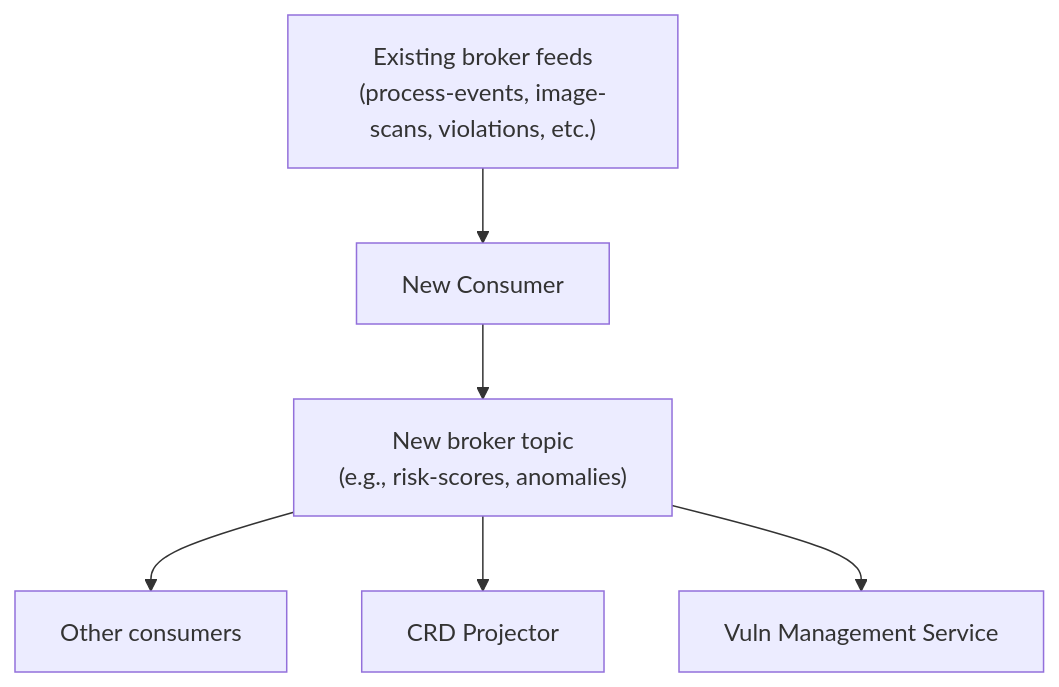
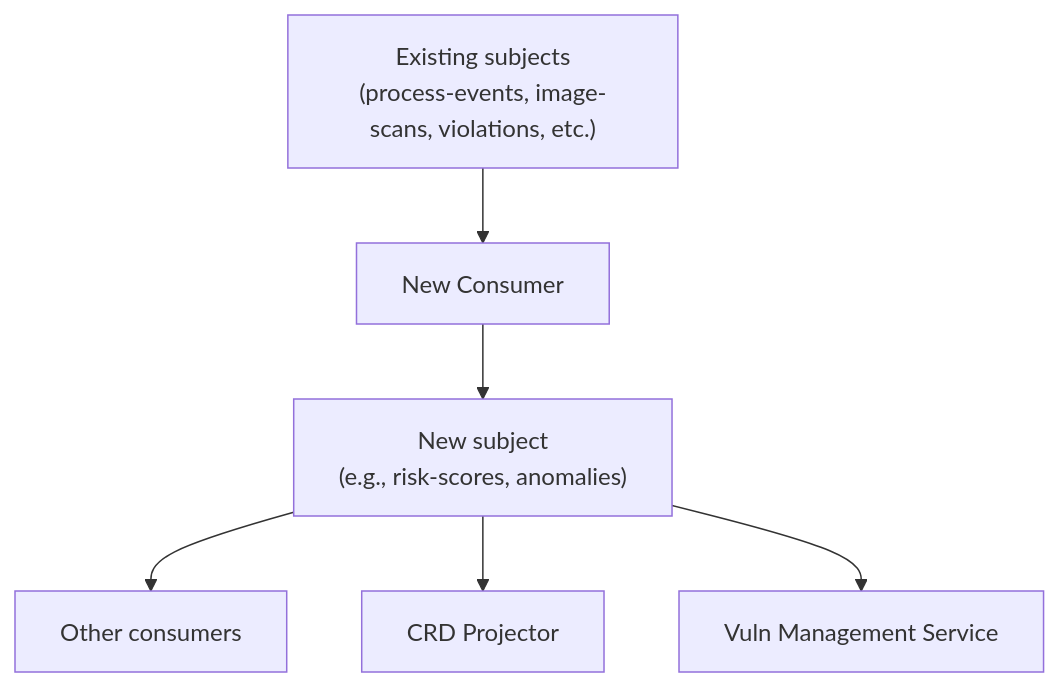
Before and after one commit to kylape/acs-next: the fifth of 5 diagrams in docs/architecture/README.md, drawn with Mermaid. The commit also changed other lines of this file and 5 other files, not shown here.

````diff
--- a/docs/architecture/README.md
+++ b/docs/architecture/README.md
@@ -246,13 +246,13 @@
 ```mermaid
 graph TB
-    Feeds["Existing broker feeds<br/>(process-events, image-scans, violations, etc.)"]
+    Existing["Existing subjects<br/>(process-events, image-scans, violations, etc.)"]
     Consumer["New Consumer"]
-    NewTopic["New broker topic<br/>(e.g., risk-scores, anomalies)"]
+    NewSubject["New subject<br/>(e.g., risk-scores, anomalies)"]
 
-    Feeds --> Consumer
-    Consumer --> NewTopic
+    Existing --> Consumer
+    Consumer --> NewSubject
 
-    NewTopic --> Others["Other consumers"]
-    NewTopic --> Projector["CRD Projector"]
-    NewTopic --> VulnMgmt["Vuln Management Service"]
+    NewSubject --> Others["Other consumers"]
+    NewSubject --> Projector["CRD Projector"]
+    NewSubject --> VulnMgmt["Vuln Management Service"]
 ```
````
